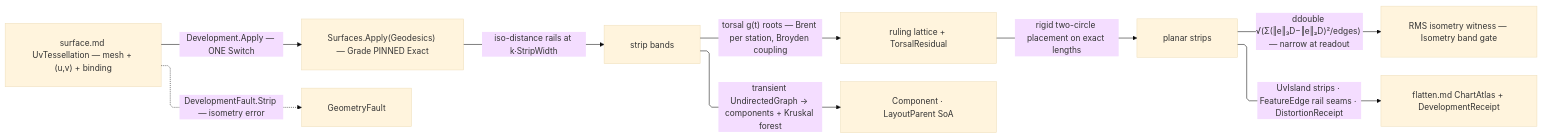
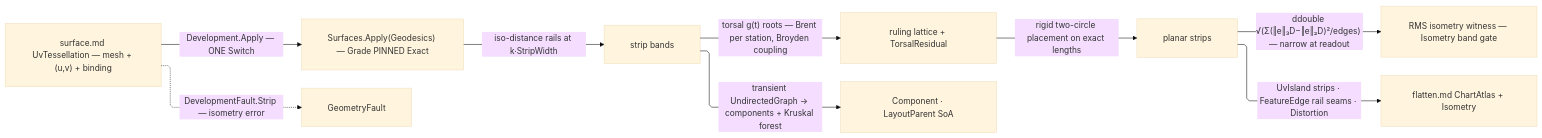
One commit to bsamiee/Rasm changed the diagram in libs/dotnet/Rasm/.planning/Parametric/develop.md. Above: the diagram before and after it, drawn with Mermaid (base theme). The commit also changed other lines of this file and 1417 other files, not shown here.

````diff
--- a/libs/dotnet/Rasm/.planning/Parametric/develop.md
+++ b/libs/dotnet/Rasm/.planning/Parametric/develop.md
@@ -149,20 +149,20 @@
 ```mermaid
 ---
 config:
   layout: elk
   flowchart:
     curve: linear
     padding: 25
 ---
 flowchart LR
     accTitle: Development strip pipeline
     accDescr: Development.Apply decomposes exact geodesic rails into strips, roots torsal rulings, unrolls rigidly under the ddouble witness, and emits the strip atlas through the flatten seam.
     UvT["surface.md UvTessellation — mesh + (u,v) + binding"] -->|"Development.Apply — ONE Switch"| Rails["Surfaces.Apply(Geodesics) — Grade PINNED Exact"]
     Rails -->|"iso-distance rails at k·StripWidth"| Strips["strip bands"]
     Strips -->|"torsal g(t) roots — Brent per station, Broyden coupling"| Rulings["ruling lattice + TorsalResidual"]
     Rulings -->|"rigid two-circle placement on exact lengths"| Unroll["planar strips"]
     Unroll -->|"ddouble √(Σ(‖e‖₃D−‖e‖₂D)²/edges) — narrow at readout"| Witness["RMS isometry witness — Isometry band gate"]
     Strips -->|"transient UndirectedGraph → components + Kruskal forest"| Layout["Component · LayoutParent SoA"]
-    Unroll -->|"UvIsland strips · FeatureEdge rail seams · DistortionReceipt"| AtlasOut["flatten.md ChartAtlas + DevelopmentReceipt"]
+    Unroll -->|"UvIsland strips · FeatureEdge rail seams · Distortion"| AtlasOut["flatten.md ChartAtlas + Isometry"]
     UvT -.->|"DevelopmentFault.Strip — isometry error"| GeometryFault
 ```
````
